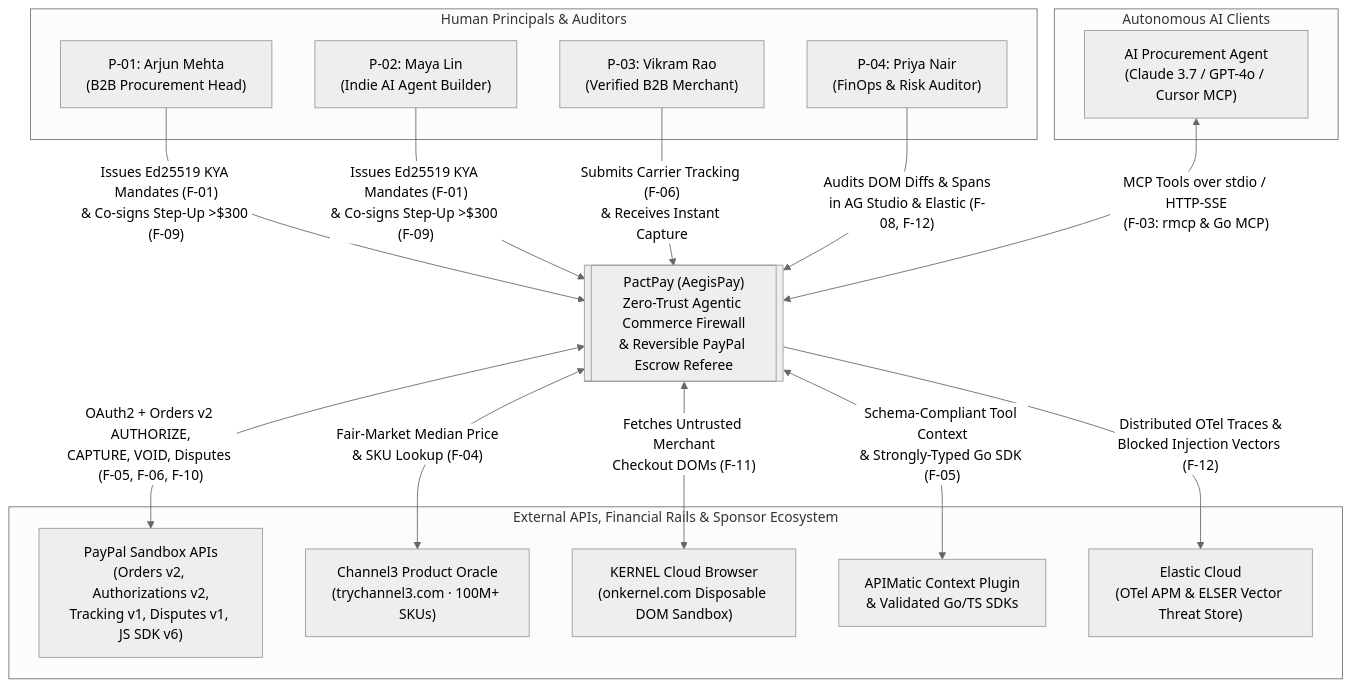
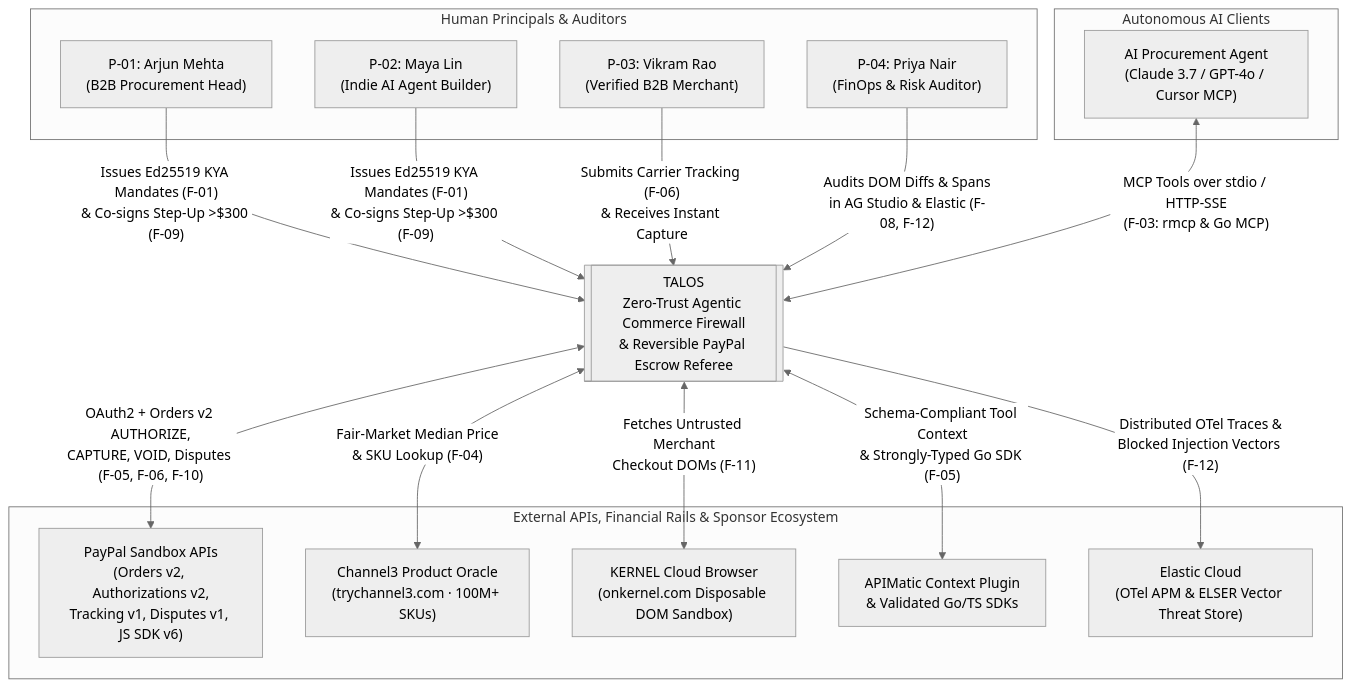
The first of 9 diagrams in docs/03-engineering/ARCHITECTURE.md (sruj08/Talos), drawn with Mermaid (neutral theme) before and after one commit. The commit also changed other lines of this file and 457 other files, not shown here.

Commit message:
feat: initialize polyglot project architecture with comprehensive documentation, Go orchestrator, and Rust firewall services

````diff
--- a/docs/03-engineering/ARCHITECTURE.md
+++ b/docs/03-engineering/ARCHITECTURE.md
@@ -21,34 +21,34 @@
 ```mermaid
 flowchart TB
     subgraph Principals["Human Principals & Auditors"]
         P01["P-01: Arjun Mehta<br/>(B2B Procurement Head)"]
         P02["P-02: Maya Lin<br/>(Indie AI Agent Builder)"]
         P03["P-03: Vikram Rao<br/>(Verified B2B Merchant)"]
         P04["P-04: Priya Nair<br/>(FinOps & Risk Auditor)"]
     end
 
     subgraph Agents["Autonomous AI Clients"]
         LLM["AI Procurement Agent<br/>(Claude 3.7 / GPT-4o / Cursor MCP)"]
     end
 
-    PactPay[["PactPay (AegisPay)<br/>Zero-Trust Agentic Commerce Firewall<br/>& Reversible PayPal Escrow Referee"]]
+    TALOS[["TALOS<br/>Zero-Trust Agentic Commerce Firewall<br/>& Reversible PayPal Escrow Referee"]]
 
     subgraph External["External APIs, Financial Rails & Sponsor Ecosystem"]
         PayPal["PayPal Sandbox APIs<br/>(Orders v2, Authorizations v2,<br/>Tracking v1, Disputes v1, JS SDK v6)"]
         Channel3["Channel3 Product Oracle<br/>(trychannel3.com · 100M+ SKUs)"]
         Kernel["KERNEL Cloud Browser<br/>(onkernel.com Disposable DOM Sandbox)"]
         APIMatic["APIMatic Context Plugin<br/>& Validated Go/TS SDKs"]
         Elastic["Elastic Cloud<br/>(OTel APM & ELSER Vector Threat Store)"]
     end
 
-    P01 & P02 -->|"Issues Ed25519 KYA Mandates (F-01)<br/>& Co-signs Step-Up >$300 (F-09)"| PactPay
-    P03 -->|"Submits Carrier Tracking (F-06)<br/>& Receives Instant Capture"| PactPay
-    P04 -->|"Audits DOM Diffs & Spans<br/>in AG Studio & Elastic (F-08, F-12)"| PactPay
-    LLM <-->|"MCP Tools over stdio / HTTP-SSE<br/>(F-03: rmcp & Go MCP)"| PactPay
+    P01 & P02 -->|"Issues Ed25519 KYA Mandates (F-01)<br/>& Co-signs Step-Up >$300 (F-09)"| TALOS
+    P03 -->|"Submits Carrier Tracking (F-06)<br/>& Receives Instant Capture"| TALOS
+    P04 -->|"Audits DOM Diffs & Spans<br/>in AG Studio & Elastic (F-08, F-12)"| TALOS
+    LLM <-->|"MCP Tools over stdio / HTTP-SSE<br/>(F-03: rmcp & Go MCP)"| TALOS
 
-    PactPay <-->|"OAuth2 + Orders v2 AUTHORIZE,<br/>CAPTURE, VOID, Disputes (F-05, F-06, F-10)"| PayPal
-    PactPay <-->|"Fair-Market Median Price<br/>& SKU Lookup (F-04)"| Channel3
-    PactPay <-->|"Fetches Untrusted Merchant<br/>Checkout DOMs (F-11)"| Kernel
-    PactPay <-->|"Schema-Compliant Tool Context<br/>& Strongly-Typed Go SDK (F-05)"| APIMatic
-    PactPay -->|"Distributed OTel Traces &<br/>Blocked Injection Vectors (F-12)"| Elastic
+    TALOS <-->|"OAuth2 + Orders v2 AUTHORIZE,<br/>CAPTURE, VOID, Disputes (F-05, F-06, F-10)"| PayPal
+    TALOS <-->|"Fair-Market Median Price<br/>& SKU Lookup (F-04)"| Channel3
+    TALOS <-->|"Fetches Untrusted Merchant<br/>Checkout DOMs (F-11)"| Kernel
+    TALOS <-->|"Schema-Compliant Tool Context<br/>& Strongly-Typed Go SDK (F-05)"| APIMatic
+    TALOS -->|"Distributed OTel Traces &<br/>Blocked Injection Vectors (F-12)"| Elastic
 ```
````
